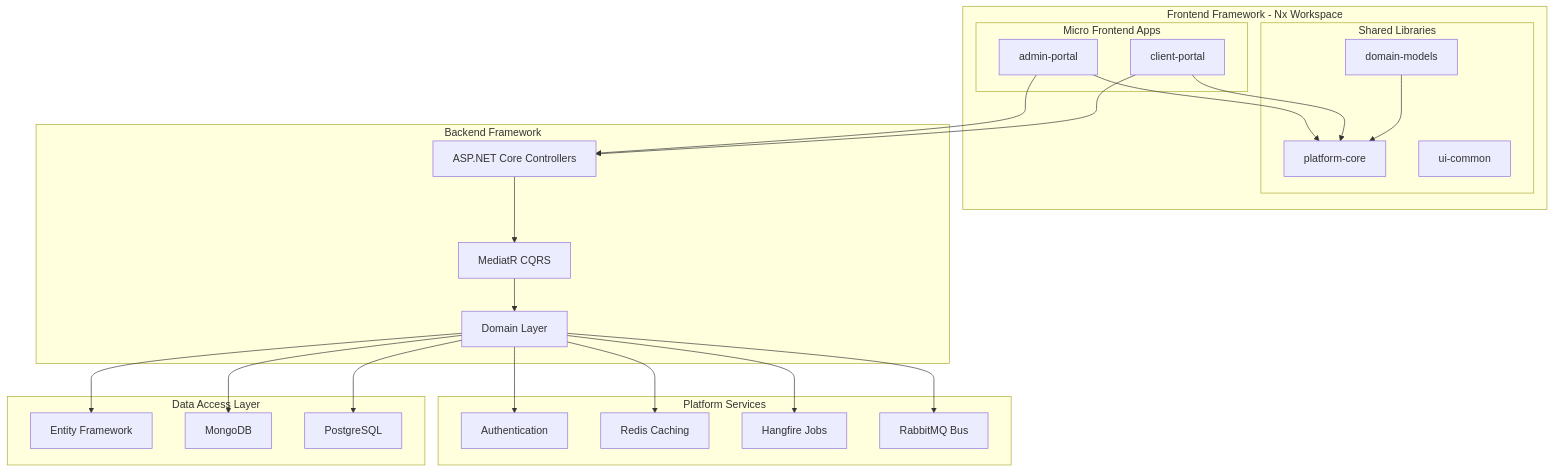
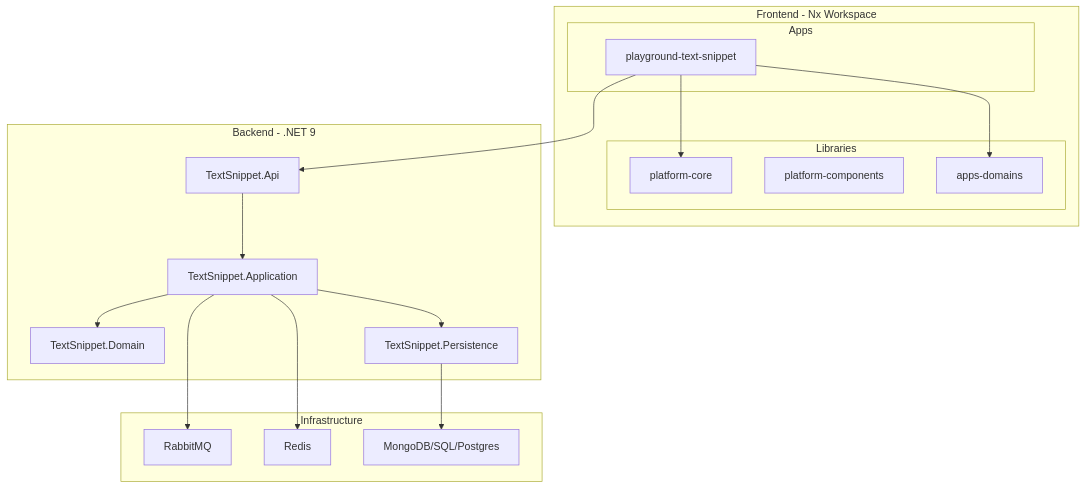
One commit to duc01226/EasyPlatform changed the diagram in README.md. Above: the diagram before and after it, drawn with Mermaid. The commit also changed other lines of this file and 20 other files, not shown here.

````diff
--- a/README.md
+++ b/README.md
@@ -33,48 +67,36 @@
 ```mermaid
 graph TB
-    subgraph "Frontend Framework - Nx Workspace"
-        subgraph "Micro Frontend Apps"
-            ADMIN_APP["admin-portal"]
-            CLIENT_APP["client-portal"]
+    subgraph "Frontend - Nx Workspace"
+        subgraph "Apps"
+            PLAYGROUND["playground-text-snippet"]
         end
-        subgraph "Shared Libraries"
+        subgraph "Libraries"
             PLATFORM_CORE["platform-core"]
-            DOMAIN_LIB["domain-models"]
-            UI_COMMON["ui-common"]
+            PLATFORM_COMP["platform-components"]
+            APPS_DOMAINS["apps-domains"]
         end
-        ADMIN_APP --> PLATFORM_CORE
-        CLIENT_APP --> PLATFORM_CORE
-        DOMAIN_LIB --> PLATFORM_CORE
+        PLAYGROUND --> PLATFORM_CORE
+        PLAYGROUND --> APPS_DOMAINS
     end
 
-    subgraph "Backend Framework"
-        API["ASP.NET Core Controllers"]
-        CQRS["MediatR CQRS"]
-        Domain["Domain Layer"]
+    subgraph "Backend - .NET 9"
+        API["TextSnippet.Api"]
+        APP["TextSnippet.Application"]
+        DOMAIN["TextSnippet.Domain"]
+        PERSIST["TextSnippet.Persistence"]
     end
 
-    subgraph "Platform Services"
-        Auth["Authentication"]
-        Cache["Redis Caching"]
-        Jobs["Hangfire Jobs"]
-        Bus["RabbitMQ Bus"]
+    subgraph "Infrastructure"
+        RABBIT["RabbitMQ"]
+        REDIS["Redis"]
+        DB["MongoDB/SQL/Postgres"]
     end
 
-    subgraph "Data Access Layer"
-        EF["Entity Framework"]
-        Mongo["MongoDB"]
-        Postgres["PostgreSQL"]
-    end
-
-    ADMIN_APP --> API
-    CLIENT_APP --> API
-    API --> CQRS
-    CQRS --> Domain
-    Domain --> Auth
-    Domain --> Cache
-    Domain --> Jobs
-    Domain --> Bus
-    Domain --> EF
-    Domain --> Mongo
-    Domain --> Postgres
+    PLAYGROUND --> API
+    API --> APP
+    APP --> DOMAIN
+    APP --> PERSIST
+    PERSIST --> DB
+    APP --> RABBIT
+    APP --> REDIS
 ```
````
